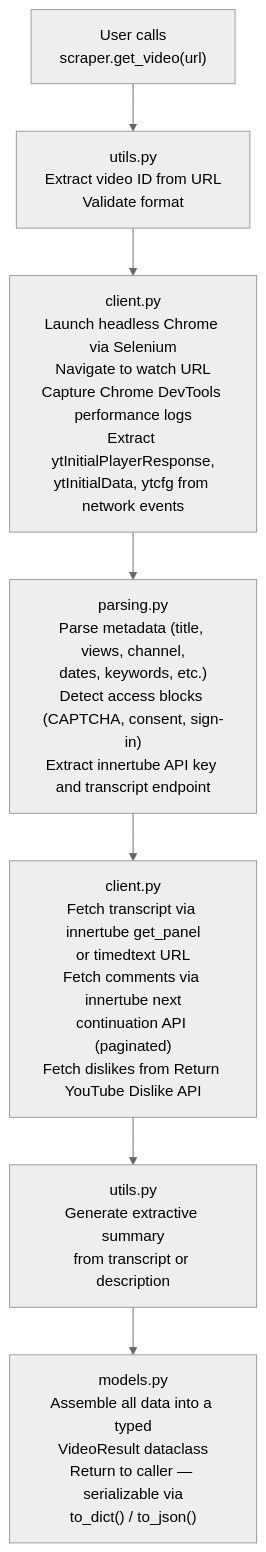
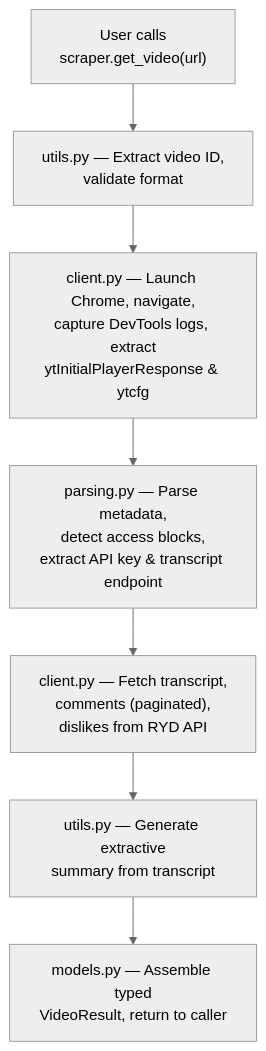
Before and after one commit to DIP-RO/youtube-scrapper: the diagram in docs/images/scrape-flow.mmd, drawn with Mermaid (neutral theme). The commit also changed 6 other files, not shown here.

First line of the commit message:
Fix diagram readability: compact layout and constrained widths

```diff
--- a/docs/images/scrape-flow.mmd
+++ b/docs/images/scrape-flow.mmd
@@ -1,15 +1,15 @@
 flowchart TD
     Start["User calls<br/>scraper.get_video(url)"]
-    Utils1["utils.py<br/>Extract video ID from URL<br/>Validate format"]
-    Client1["client.py<br/>Launch headless Chrome via Selenium<br/>Navigate to watch URL<br/>Capture Chrome DevTools performance logs<br/>Extract ytInitialPlayerResponse,<br/>ytInitialData, ytcfg from network events"]
-    Parsing["parsing.py<br/>Parse metadata (title, views, channel,<br/>dates, keywords, etc.)<br/>Detect access blocks (CAPTCHA, consent, sign-in)<br/>Extract innertube API key and transcript endpoint"]
-    Client2["client.py<br/>Fetch transcript via innertube get_panel<br/>or timedtext URL<br/>Fetch comments via innertube next<br/>continuation API (paginated)<br/>Fetch dislikes from Return YouTube Dislike API"]
-    Utils2["utils.py<br/>Generate extractive summary<br/>from transcript or description"]
-    Models["models.py<br/>Assemble all data into a typed<br/>VideoResult dataclass<br/>Return to caller — serializable via<br/>to_dict() / to_json()"]
+    Utils1["utils.py — Extract video ID,<br/>validate format"]
+    Client1["client.py — Launch Chrome, navigate,<br/>capture DevTools logs, extract<br/>ytInitialPlayerResponse & ytcfg"]
+    Parsing["parsing.py — Parse metadata,<br/>detect access blocks,<br/>extract API key & transcript endpoint"]
+    Client2["client.py — Fetch transcript,<br/>comments (paginated),<br/>dislikes from RYD API"]
+    Utils2["utils.py — Generate extractive<br/>summary from transcript"]
+    Models["models.py — Assemble typed<br/>VideoResult, return to caller"]
 
     Start --> Utils1
     Utils1 --> Client1
     Client1 --> Parsing
     Parsing --> Client2
     Client2 --> Utils2
     Utils2 --> Models
```
